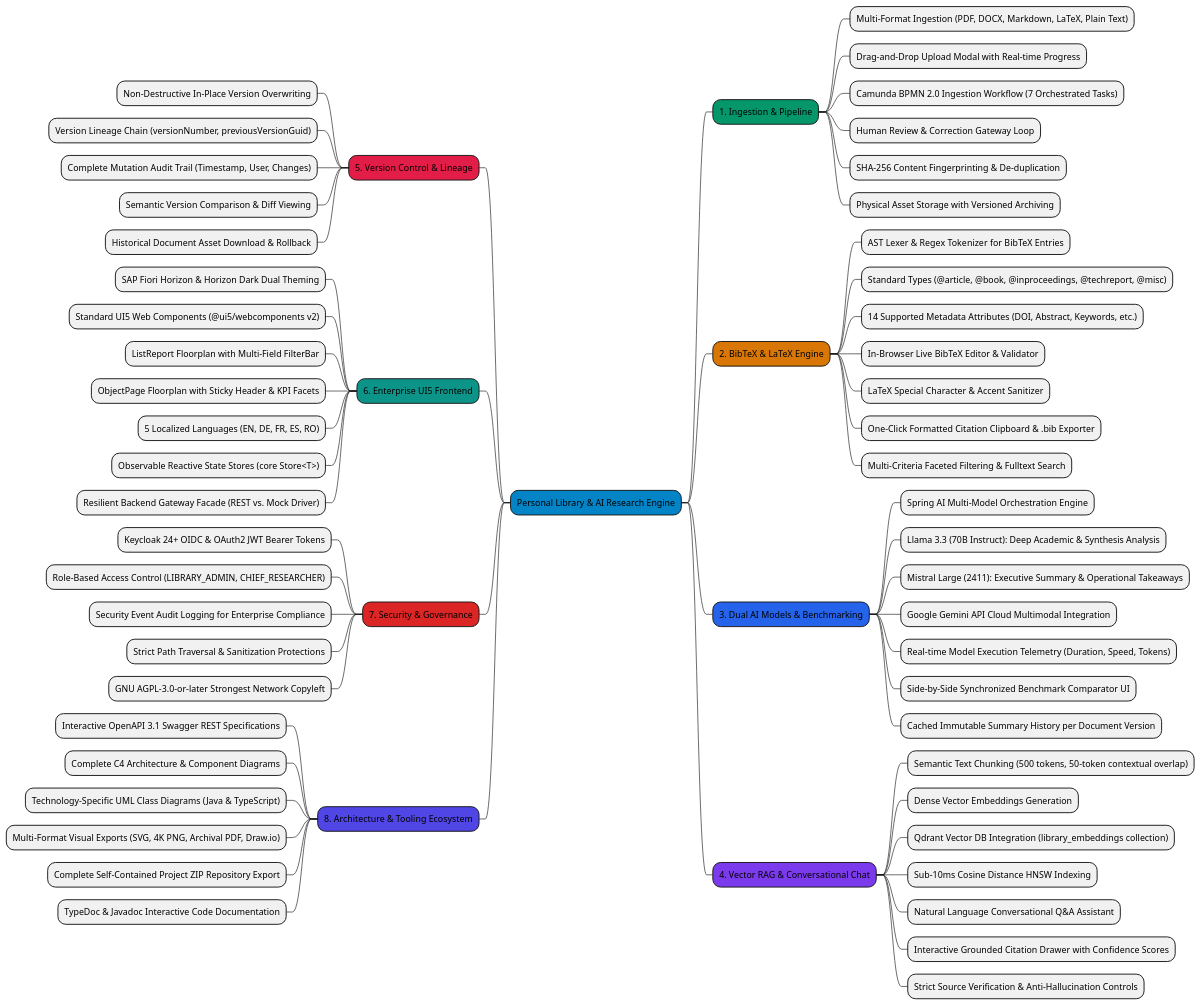
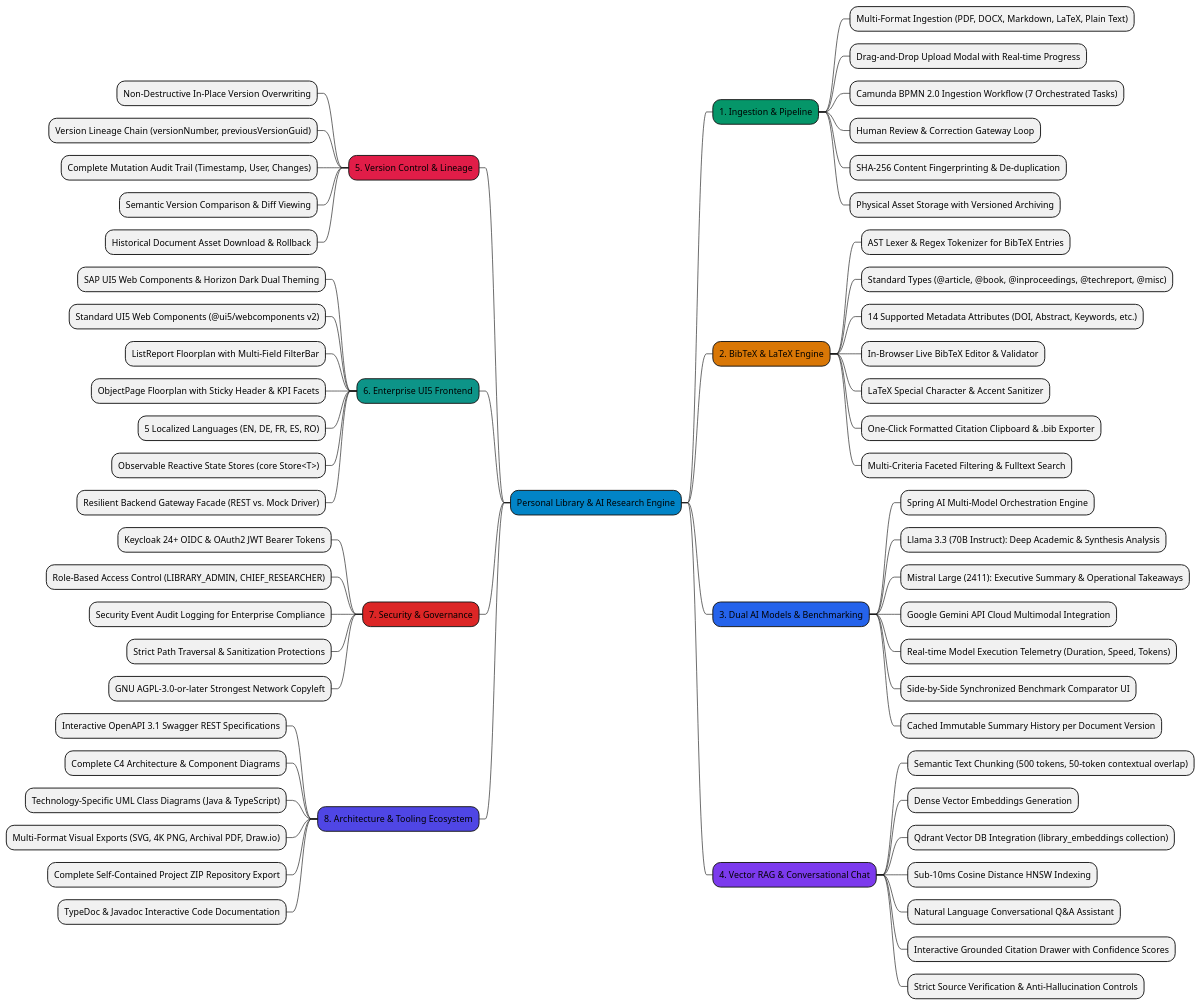
One commit to epascalau/personal-library changed the diagram in docs/diagrams/mindmap.puml. Above: the diagram before and after it, drawn with PlantUML. The commit also changed 22 other files, not shown here.

```diff
--- a/docs/diagrams/mindmap.puml
+++ b/docs/diagrams/mindmap.puml
@@ -1,72 +1,72 @@
 @startmindmap
 *[#0284c7] Personal Library & AI Research Engine
 
 **[#059669] 1. Ingestion & Pipeline
 *** Multi-Format Ingestion (PDF, DOCX, Markdown, LaTeX, Plain Text)
 *** Drag-and-Drop Upload Modal with Real-time Progress
 *** Camunda BPMN 2.0 Ingestion Workflow (7 Orchestrated Tasks)
 *** Human Review & Correction Gateway Loop
 *** SHA-256 Content Fingerprinting & De-duplication
 *** Physical Asset Storage with Versioned Archiving
 
 **[#d97706] 2. BibTeX & LaTeX Engine
 *** AST Lexer & Regex Tokenizer for BibTeX Entries
 *** Standard Types (@article, @book, @inproceedings, @techreport, @misc)
 *** 14 Supported Metadata Attributes (DOI, Abstract, Keywords, etc.)
 *** In-Browser Live BibTeX Editor & Validator
 *** LaTeX Special Character & Accent Sanitizer
 *** One-Click Formatted Citation Clipboard & .bib Exporter
 *** Multi-Criteria Faceted Filtering & Fulltext Search
 
 **[#2563eb] 3. Dual AI Models & Benchmarking
 *** Spring AI Multi-Model Orchestration Engine
 *** Llama 3.3 (70B Instruct): Deep Academic & Synthesis Analysis
 *** Mistral Large (2411): Executive Summary & Operational Takeaways
 *** Google Gemini API Cloud Multimodal Integration
 *** Real-time Model Execution Telemetry (Duration, Speed, Tokens)
 *** Side-by-Side Synchronized Benchmark Comparator UI
 *** Cached Immutable Summary History per Document Version
 
 **[#7c3aed] 4. Vector RAG & Conversational Chat
 *** Semantic Text Chunking (500 tokens, 50-token contextual overlap)
 *** Dense Vector Embeddings Generation
 *** Qdrant Vector DB Integration (library_embeddings collection)
 *** Sub-10ms Cosine Distance HNSW Indexing
 *** Natural Language Conversational Q&A Assistant
 *** Interactive Grounded Citation Drawer with Confidence Scores
 *** Strict Source Verification & Anti-Hallucination Controls
 
 left side
 
 **[#e11d48] 5. Version Control & Lineage
 *** Non-Destructive In-Place Version Overwriting
 *** Version Lineage Chain (versionNumber, previousVersionGuid)
 *** Complete Mutation Audit Trail (Timestamp, User, Changes)
 *** Semantic Version Comparison & Diff Viewing
 *** Historical Document Asset Download & Rollback
 
 **[#0d9488] 6. Enterprise UI5 Frontend
-*** SAP Fiori Horizon & Horizon Dark Dual Theming
+*** SAP UI5 Web Components & Horizon Dark Dual Theming
 *** Standard UI5 Web Components (@ui5/webcomponents v2)
 *** ListReport Floorplan with Multi-Field FilterBar
 *** ObjectPage Floorplan with Sticky Header & KPI Facets
 *** 5 Localized Languages (EN, DE, FR, ES, RO)
 *** Observable Reactive State Stores (core Store<T>)
 *** Resilient Backend Gateway Facade (REST vs. Mock Driver)
 
 **[#dc2626] 7. Security & Governance
 *** Keycloak 24+ OIDC & OAuth2 JWT Bearer Tokens
 *** Role-Based Access Control (LIBRARY_ADMIN, CHIEF_RESEARCHER)
 *** Security Event Audit Logging for Enterprise Compliance
 *** Strict Path Traversal & Sanitization Protections
 *** GNU AGPL-3.0-or-later Strongest Network Copyleft
 
 **[#4f46e5] 8. Architecture & Tooling Ecosystem
 *** Interactive OpenAPI 3.1 Swagger REST Specifications
 *** Complete C4 Architecture & Component Diagrams
 *** Technology-Specific UML Class Diagrams (Java & TypeScript)
 *** Multi-Format Visual Exports (SVG, 4K PNG, Archival PDF, Draw.io)
 *** Complete Self-Contained Project ZIP Repository Export
 *** TypeDoc & Javadoc Interactive Code Documentation
 
 @endmindmap
```
